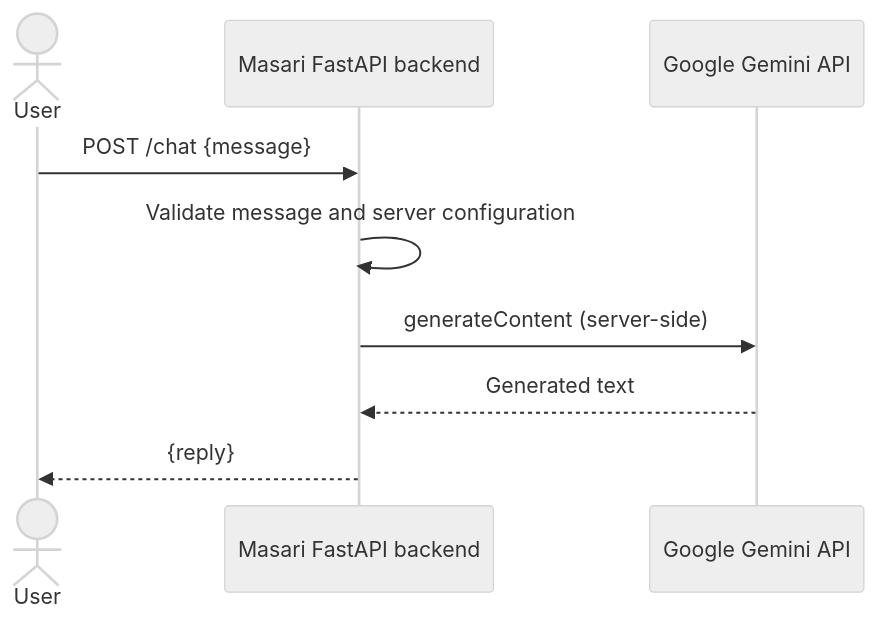
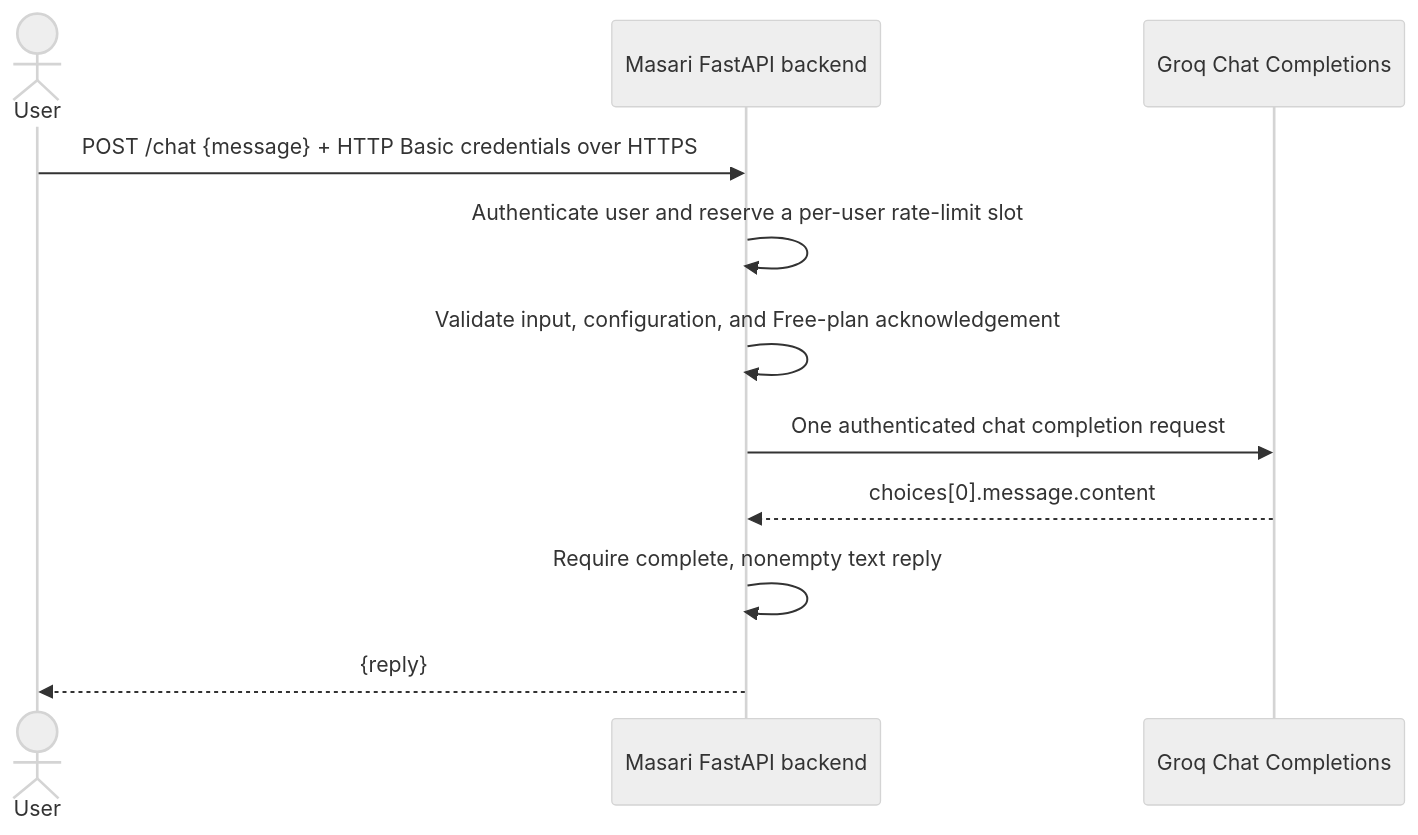
The diagram in README.md (HemmatHamdi/Mind-Machine), drawn with Mermaid (neutral theme) before and after one commit. The commit also changed other lines of this file and 6 other files, not shown here.

First line of the commit message:
Migrate chatbot to Groq and secure chat access (#2)

````diff
--- a/README.md
+++ b/README.md
@@ -22,11 +60,13 @@
 ```mermaid
 sequenceDiagram
     actor User
     participant API as Masari FastAPI backend
-    participant Gemini as Google Gemini API
-    User->>API: POST /chat {message}
-    API->>API: Validate message and server configuration
-    API->>Gemini: generateContent (server-side)
-    Gemini-->>API: Generated text
+    participant Groq as Groq Chat Completions
+    User->>API: POST /chat {message} + HTTP Basic credentials over HTTPS
+    API->>API: Authenticate user and reserve a per-user rate-limit slot
+    API->>API: Validate input, configuration, and Free-plan acknowledgement
+    API->>Groq: One authenticated chat completion request
+    Groq-->>API: choices[0].message.content
+    API->>API: Require complete, nonempty text reply
     API-->>User: {reply}
 ```
````
